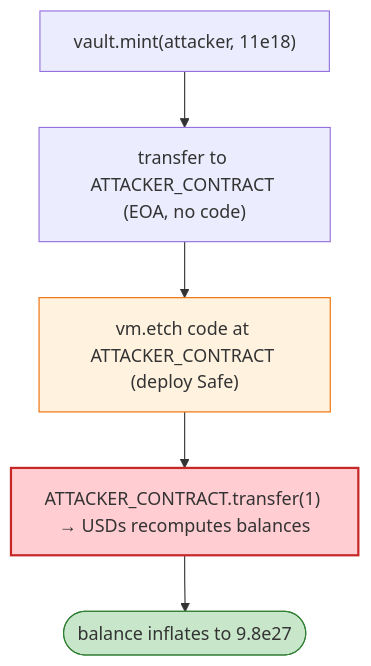
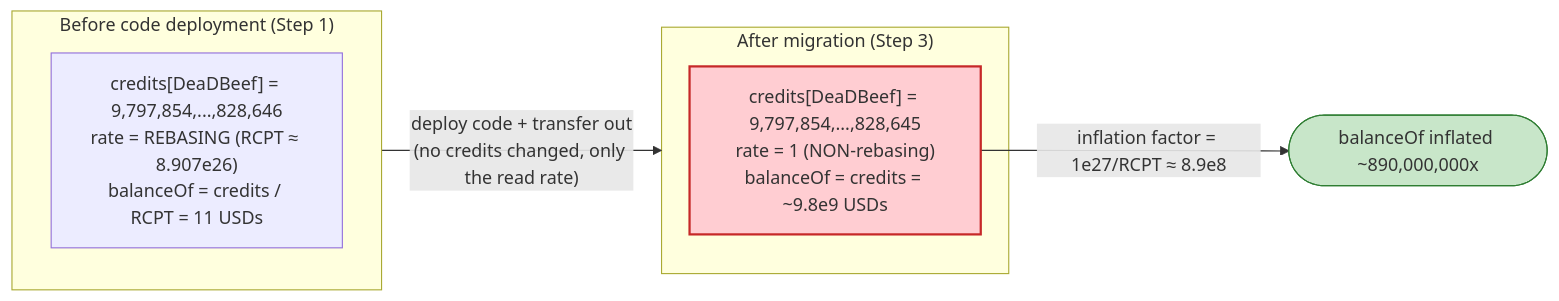
The fourth of 4 diagrams in 2023-02-USDs_exp/USDs_exp.md (sanbir/evm-hack-registry), drawn with Mermaid before and after one commit. The commit also changed other lines of this file and 52 other files, not shown here.

````diff
--- a/2023-02-USDs_exp/USDs_exp.md
+++ b/2023-02-USDs_exp/USDs_exp.md
@@ -46,11 +397,14 @@
 ```mermaid
-flowchart TD
-    M["vault.mint(attacker, 11e18)"] --> T["transfer to ATTACKER_CONTRACT (EOA, no code)"]
-    T --> E["vm.etch code at ATTACKER_CONTRACT (deploy Safe)"]
-    E --> TX["ATTACKER_CONTRACT.transfer(1) → USDs recomputes balances"]
-    TX --> OUT(["balance inflates to 9.8e27"])
+flowchart LR
+    subgraph Before["Before code deployment (Step 1)"]
+        B["credits[DeaDBeef] = 9,797,854,...,828,646<br/>rate = REBASING (RCPT ≈ 8.907e26)<br/>balanceOf = credits / RCPT = 11 USDs"]
+    end
+    subgraph After["After migration (Step 3)"]
+        Aa["credits[DeaDBeef] = 9,797,854,...,828,645<br/>rate = 1 (NON-rebasing)<br/>balanceOf = credits = ~9.8e9 USDs"]
+    end
+    Before -->|"deploy code + transfer out<br/>(no credits changed, only the read rate)"| After
+    Aa -->|"inflation factor = 1e27/RCPT ≈ 8.9e8"| Drain(["balanceOf inflated ~890,000,000x"])
 
-    style E fill:#fff3e0,stroke:#ef6c00
-    style TX fill:#ffcdd2,stroke:#c62828,stroke-width:2px
-    style OUT fill:#c8e6c9,stroke:#2e7d32
+    style Aa fill:#ffcdd2,stroke:#c62828,stroke-width:2px
+    style Drain fill:#c8e6c9,stroke:#2e7d32
 ```
````
